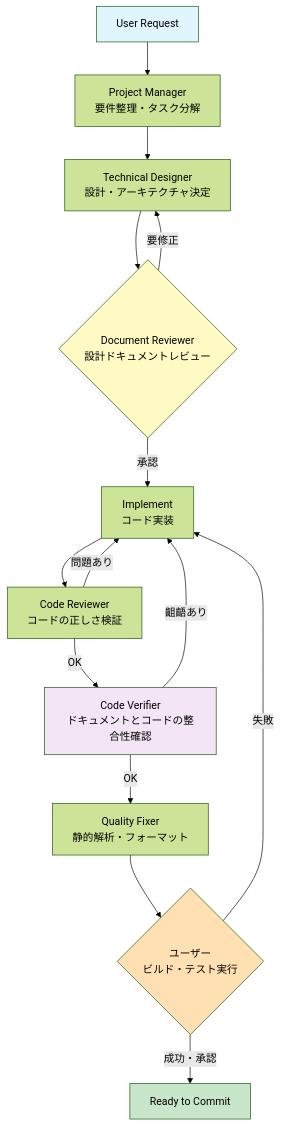
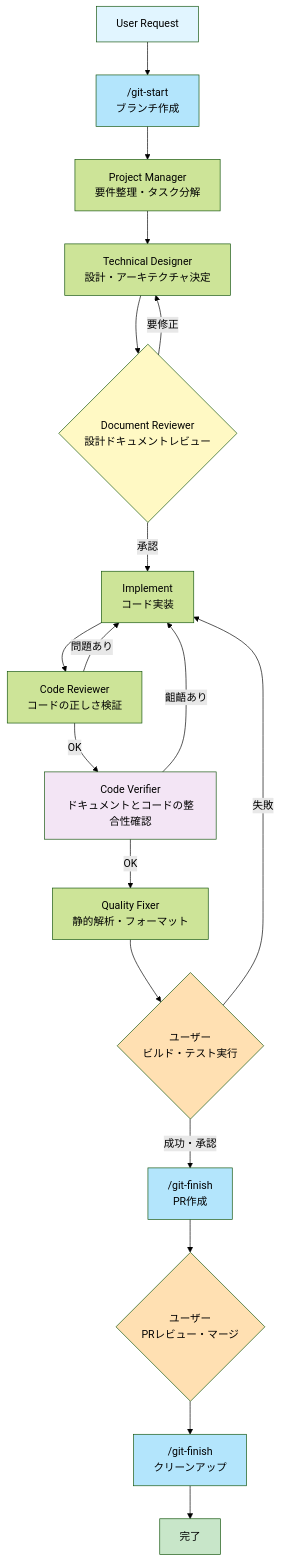
One commit to rabbit34x/claude-code-settings changed the diagram in WORKFLOW.md. Above: the diagram before and after it, drawn with Mermaid (forest theme). The commit also changed other lines of this file and 5 other files, not shown here.

First line of the commit message:
Add git-init and git-finish workflow agents

````diff
--- a/WORKFLOW.md
+++ b/WORKFLOW.md
@@ -28,28 +28,37 @@
 ```mermaid
 graph TB
-    Start[User Request] --> PM[Project Manager<br/>要件整理・タスク分解]
+    Start[User Request] --> GitStart["/git-start<br/>ブランチ作成"]
+    GitStart --> PM[Project Manager<br/>要件整理・タスク分解]
     PM --> TD[Technical Designer<br/>設計・アーキテクチャ決定]
 
     TD --> DR{Document Reviewer<br/>設計ドキュメントレビュー}
     DR -->|要修正| TD
 
     DR -->|承認| Impl[Implement<br/>コード実装]
 
     Impl --> CR[Code Reviewer<br/>コードの正しさ検証]
     CR -->|問題あり| Impl
 
     CR -->|OK| Verifier[Code Verifier<br/>ドキュメントとコードの整合性確認]
     Verifier -->|齟齬あり| Impl
 
     Verifier -->|OK| QF[Quality Fixer<br/>静的解析・フォーマット]
 
     QF --> User{ユーザー<br/>ビルド・テスト実行}
     User -->|失敗| Impl
-    User -->|成功・承認| Commit[Ready to Commit]
+    User -->|成功・承認| GitFinishPR["/git-finish<br/>PR作成"]
+
+    GitFinishPR --> Review{ユーザー<br/>PRレビュー・マージ}
+    Review --> GitFinishClean["/git-finish<br/>クリーンアップ"]
+    GitFinishClean --> Done[完了]
 
     style Start fill:#e1f5ff
-    style Commit fill:#c8e6c9
+    style Done fill:#c8e6c9
     style DR fill:#fff9c4
     style User fill:#ffe0b2
+    style Review fill:#ffe0b2
     style Verifier fill:#f3e5f5
+    style GitStart fill:#b3e5fc
+    style GitFinishPR fill:#b3e5fc
+    style GitFinishClean fill:#b3e5fc
 ```
````
